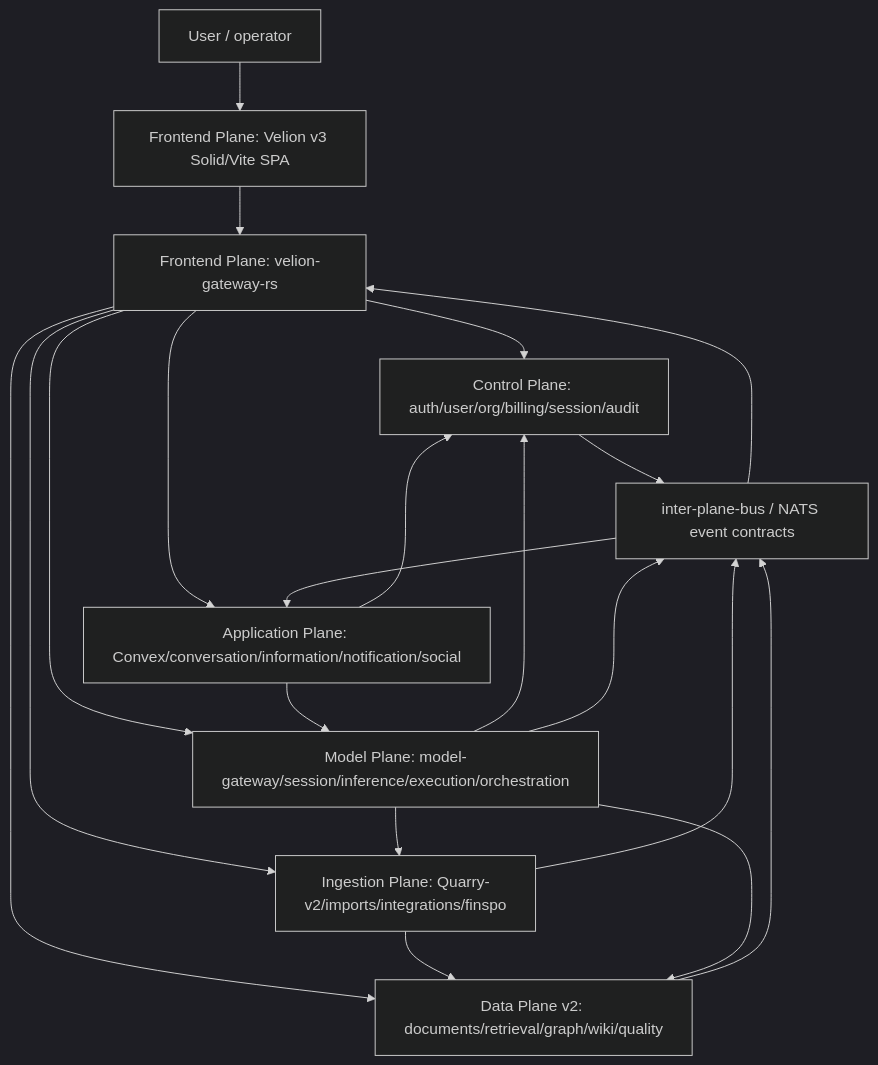
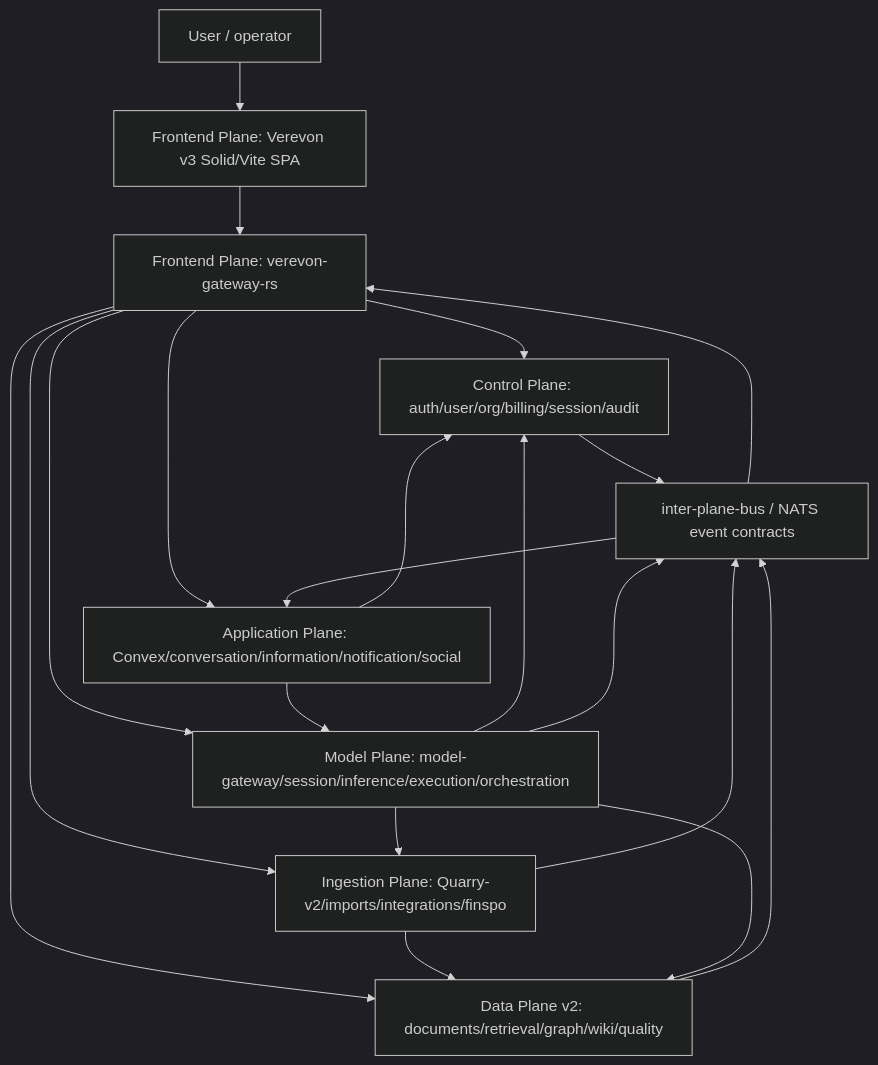
One commit to nisjety/CoreSystems changed the diagram in docs/CORESYSTEM_CROSS_PLANE_ARCHITECTURE_MAP.md. Above: the diagram before and after it, drawn with Mermaid (dark theme). The commit also changed other lines of this file and 2447 other files, not shown here.

First line of the commit message:
refactor: rename Velion to Verevon across the monorepo

````diff
--- a/docs/CORESYSTEM_CROSS_PLANE_ARCHITECTURE_MAP.md
+++ b/docs/CORESYSTEM_CROSS_PLANE_ARCHITECTURE_MAP.md
@@ -57,24 +57,24 @@
 ```mermaid
 flowchart TB
-  user["User / operator"] --> spa["Frontend Plane: Velion v3 Solid/Vite SPA"]
-  spa --> gw["Frontend Plane: velion-gateway-rs"]
+  user["User / operator"] --> spa["Frontend Plane: Verevon v3 Solid/Vite SPA"]
+  spa --> gw["Frontend Plane: verevon-gateway-rs"]
   gw --> control["Control Plane: auth/user/org/billing/session/audit"]
   gw --> data["Data Plane v2: documents/retrieval/graph/wiki/quality"]
   gw --> ingestion["Ingestion Plane: Quarry-v2/imports/integrations/finspo"]
   gw --> model["Model Plane: model-gateway/session/inference/execution/orchestration"]
   gw --> app["Application Plane: Convex/conversation/information/notification/social"]
 
   ingestion --> data
   model --> data
   model --> ingestion
   model --> control
   app --> control
   app --> model
 
   control --> bus["inter-plane-bus / NATS event contracts"]
   data --> bus
   ingestion --> bus
   model --> bus
   bus --> app
   bus --> gw
 ```
````
